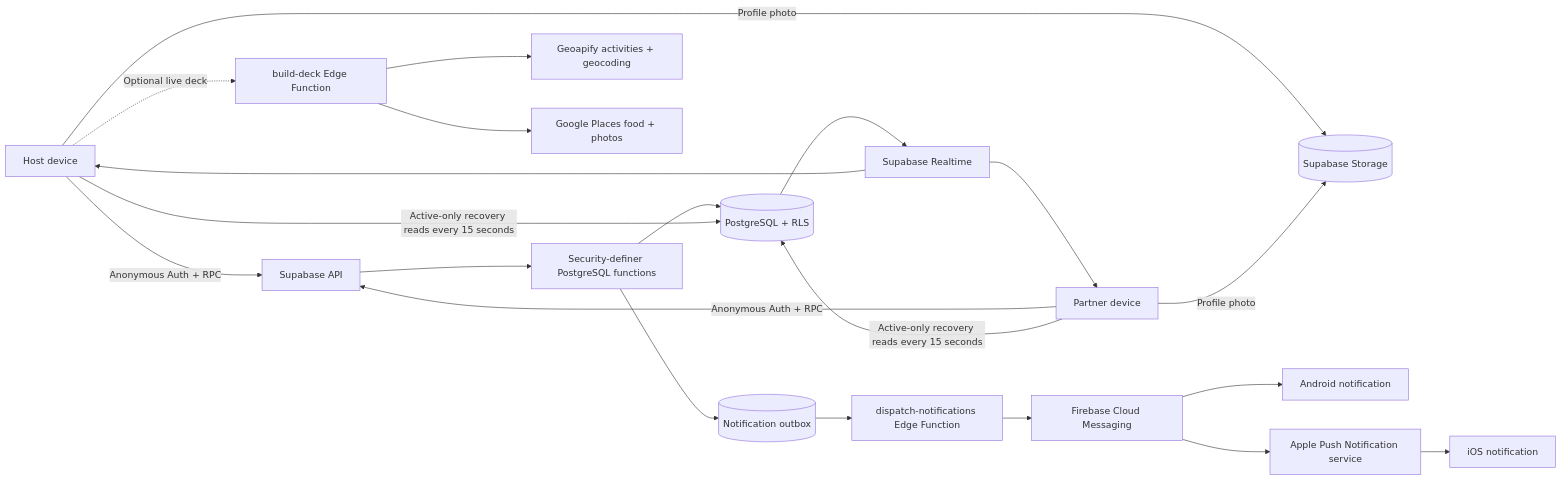
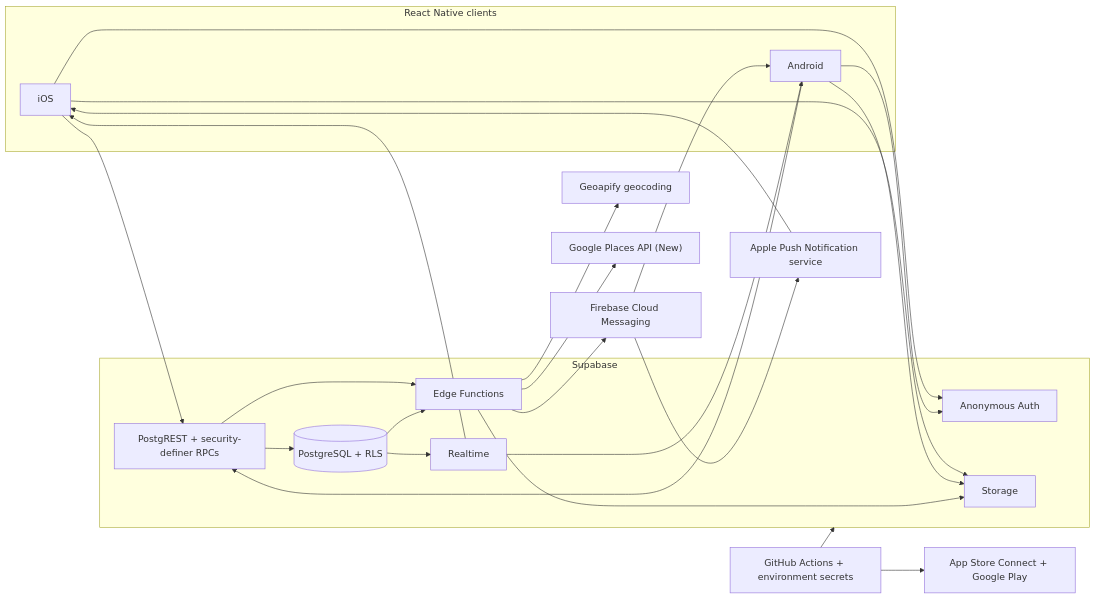
The diagram in README.md (pa-mi-su/choosr-platform), drawn with Mermaid before and after one commit. The commit also changed other lines of this file, not shown here.

Commit message:
Document Choosr end-to-end architecture

````diff
--- a/README.md
+++ b/README.md
@@ -130,23 +42,45 @@
 ```mermaid
 flowchart LR
-    Host["Host device"] -->|"Anonymous Auth + RPC"| API["Supabase API"]
-    Partner["Partner device"] -->|"Anonymous Auth + RPC"| API
-    API --> RPC["Security-definer PostgreSQL functions"]
-    RPC --> DB[("PostgreSQL + RLS")]
-    DB --> RT["Supabase Realtime"]
-    RT --> Host
-    RT --> Partner
-    Host -->|"Active-only recovery reads every 15 seconds"| DB
-    Partner -->|"Active-only recovery reads every 15 seconds"| DB
-    Host -.->|"Optional live deck"| Edge["build-deck Edge Function"]
-    Edge --> Geoapify["Geoapify activities + geocoding"]
-    Edge --> Places["Google Places food + photos"]
-    Host -->|"Profile photo"| Storage[("Supabase Storage")]
-    Partner -->|"Profile photo"| Storage
-    RPC --> Outbox[("Notification outbox")]
-    Outbox --> PushWorker["dispatch-notifications Edge Function"]
-    PushWorker --> FCM["Firebase Cloud Messaging"]
-    FCM --> Android["Android notification"]
-    FCM --> APNs["Apple Push Notification service"]
-    APNs --> iOS["iOS notification"]
+  subgraph Clients["React Native clients"]
+    IOS["iOS"]
+    AND["Android"]
+  end
+
+  subgraph Supabase["Supabase"]
+    AUTH["Anonymous Auth"]
+    API["PostgREST + security-definer RPCs"]
+    DB[("PostgreSQL + RLS")]
+    RT["Realtime"]
+    ST["Storage"]
+    EDGE["Edge Functions"]
+  end
+
+  GEO["Geoapify geocoding"]
+  PLACES["Google Places API (New)"]
+  FCM["Firebase Cloud Messaging"]
+  APNS["Apple Push Notification service"]
+  GH["GitHub Actions + environment secrets"]
+  STORES["App Store Connect + Google Play"]
+
+  IOS --> AUTH
+  AND --> AUTH
+  IOS --> API
+  AND --> API
+  API --> DB
+  DB --> RT
+  RT --> IOS
+  RT --> AND
+  IOS --> ST
+  AND --> ST
+  API --> EDGE
+  EDGE --> GEO
+  EDGE --> PLACES
+  EDGE --> ST
+  DB --> EDGE
+  EDGE --> FCM
+  FCM --> AND
+  FCM --> APNS
+  APNS --> IOS
+  GH --> Supabase
+  GH --> STORES
 ```
````
